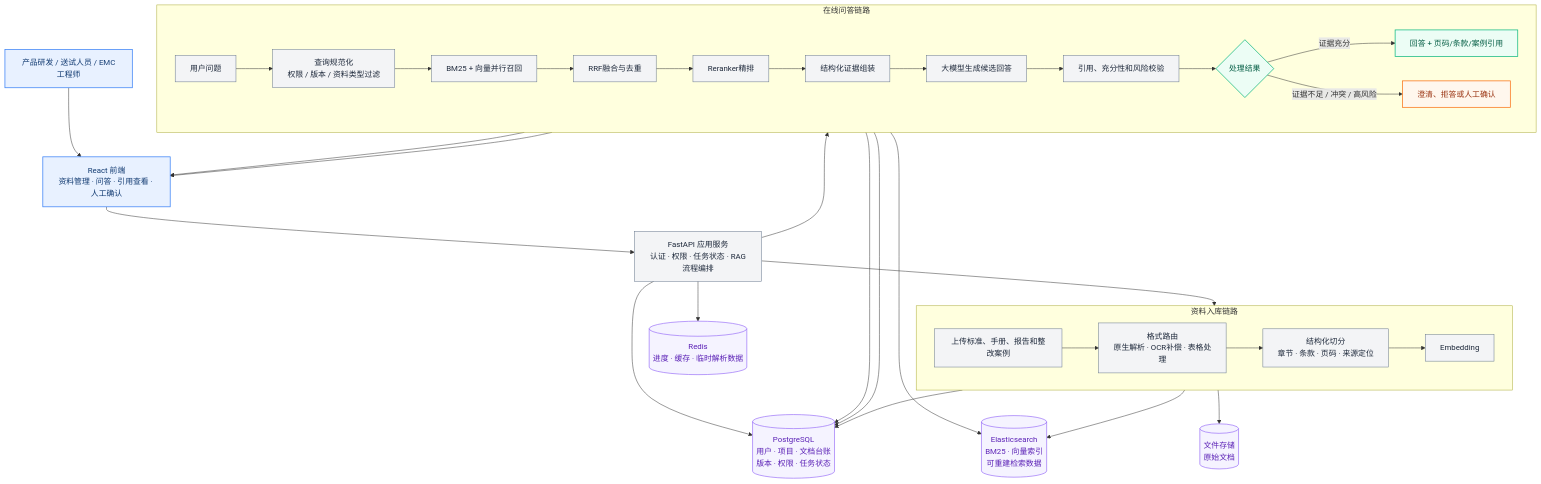
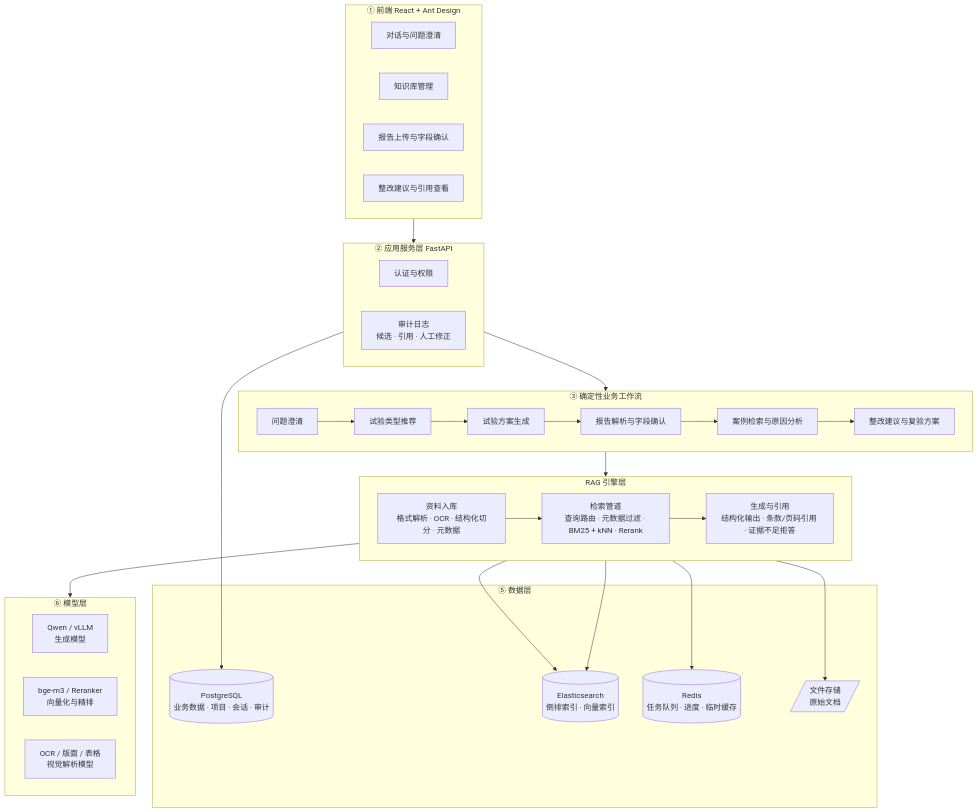
The second of 2 diagrams in README.md (aristotlephil8-cell/emc-rag-evidence-assistant), drawn with Mermaid before and after one commit. The commit also changed other lines of this file, not shown here.

Commit message:
docs: update EMC RAG architecture and startup guide
README-only architecture and startup documentation update.

````diff
--- a/README.md
+++ b/README.md
@@ -78,63 +78,51 @@
 ```mermaid
 flowchart TB
-    U[产品研发 / 送试人员 / EMC工程师]
-    UI[React 前端<br/>资料管理 · 问答 · 引用查看 · 人工确认]
-    API[FastAPI 应用服务<br/>认证 · 权限 · 任务状态 · RAG流程编排]
-
-    subgraph OFF[资料入库链路]
-        direction LR
-        UP[上传标准、手册、报告和整改案例]
-        PARSE[格式路由<br/>原生解析 · OCR补偿 · 表格处理]
-        CHUNK[结构化切分<br/>章节 · 条款 · 页码 · 来源定位]
-        EMB[Embedding]
-        UP --> PARSE --> CHUNK --> EMB
+    subgraph FE[① 前端 React + Ant Design]
+        UI1[对话与问题澄清]
+        UI2[知识库管理]
+        UI3[报告上传与字段确认]
+        UI4[整改建议与引用查看]
     end
 
-    subgraph ONLINE[在线问答链路]
-        direction LR
-        Q[用户问题]
-        NORM[查询规范化<br/>权限 / 版本 / 资料类型过滤]
-        RET[BM25 + 向量并行召回]
-        RRF[RRF融合与去重]
-        RERANK[Reranker精排]
-        EVIDENCE[结构化证据组装]
-        GEN[大模型生成候选回答]
-        CHECK[引用、充分性和风险校验]
-        RESULT{处理结果}
-        ANSWER[回答 + 页码/条款/案例引用]
-        REVIEW[澄清、拒答或人工确认]
-        Q --> NORM --> RET --> RRF --> RERANK --> EVIDENCE --> GEN --> CHECK --> RESULT
-        RESULT -->|证据充分| ANSWER
-        RESULT -->|证据不足 / 冲突 / 高风险| REVIEW
+    subgraph API[② 应用服务层 FastAPI]
+        AUTH[认证与权限]
+        AUDIT[审计日志<br/>候选 · 引用 · 人工修正]
     end
 
-    PG[(PostgreSQL<br/>用户 · 项目 · 文档台账<br/>版本 · 权限 · 任务状态)]
-    ES[(Elasticsearch<br/>BM25 · 向量索引<br/>可重建检索数据)]
-    REDIS[(Redis<br/>进度 · 缓存 · 临时解析数据)]
-    FILES[(文件存储<br/>原始文档)]
+    subgraph WF[③ 确定性业务工作流]
+        W1[问题澄清] --> W2[试验类型推荐]
+        W2 --> W3[试验方案生成]
+        W3 --> W4[报告解析与字段确认]
+        W4 --> W5[案例检索与原因分析]
+        W5 --> W6[整改建议与复验方案]
+    end
 
-    U --> UI --> API
-    API --> UP
-    API --> Q
+    subgraph RAG[RAG 引擎层]
+        direction LR
+        ING[资料入库<br/>格式解析 · OCR · 结构化切分 · 元数据]
+        RET[检索管道<br/>查询路由 · 元数据过滤 · BM25 + kNN · Rerank]
+        GEN[生成与引用<br/>结构化输出 · 条款/页码引用 · 证据不足拒答]
+        ING --> RET --> GEN
+    end
+
+    subgraph DATA[⑤ 数据层]
+        PG[(PostgreSQL<br/>业务数据 · 项目 · 会话 · 审计)]
+        ES[(Elasticsearch<br/>倒排索引 · 向量索引)]
+        RD[(Redis<br/>任务队列 · 进度 · 临时缓存)]
+        FS[/文件存储<br/>原始文档/]
+    end
+
+    subgraph MODEL[⑥ 模型层]
+        M1[Qwen / vLLM<br/>生成模型]
+        M2[bge-m3 / Reranker<br/>向量化与精排]
+        M3[OCR / 版面 / 表格<br/>视觉解析模型]
+    end
+
+    FE --> API --> WF --> RAG
+    ING --> ES
+    ING --> FS
+    ING --> RD
+    RET --> ES
     API --> PG
-    API --> REDIS
-    UP --> FILES
-    CHUNK --> PG
-    EMB --> ES
-    NORM --> PG
-    RET --> ES
-    CHECK --> PG
-    ANSWER --> UI
-    REVIEW --> UI
-
-    classDef actor fill:#E8F1FF,stroke:#3B82F6,color:#123B72,stroke-width:1.5px;
-    classDef service fill:#F3F4F6,stroke:#64748B,color:#1E293B,stroke-width:1px;
-    classDef evidence fill:#ECFDF5,stroke:#10B981,color:#065F46,stroke-width:1.5px;
-    classDef review fill:#FFF7ED,stroke:#F97316,color:#9A3412,stroke-width:1.5px;
-    classDef store fill:#F5F3FF,stroke:#8B5CF6,color:#5B21B6,stroke-width:1.2px;
-    class U,UI actor;
-    class API,UP,PARSE,CHUNK,EMB,Q,NORM,RET,RRF,RERANK,EVIDENCE,GEN,CHECK service;
-    class RESULT,ANSWER evidence;
-    class REVIEW review;
-    class PG,ES,REDIS,FILES store;
+    RAG --> MODEL
 ```
````
